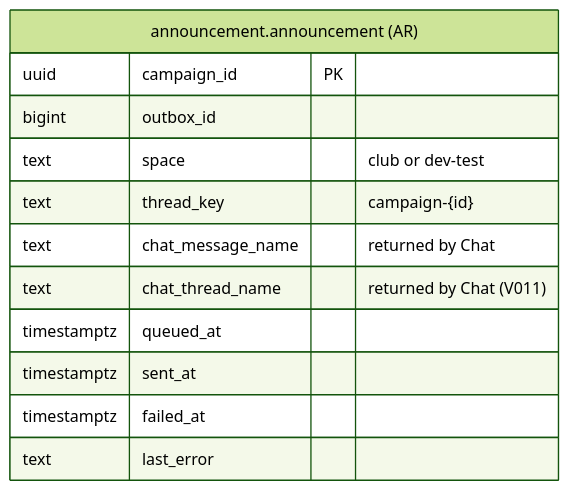
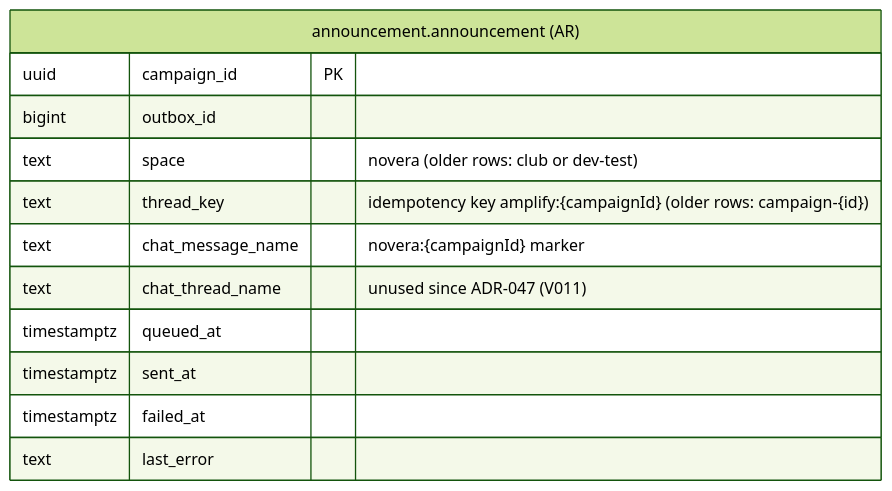
Before and after one commit to wso2-open-operations/marketing-tools: the ninth of 10 diagrams in apps/amplify/architecture/solution/Phase 1/phase1-data-model.md, drawn with Mermaid (forest theme). The commit also changed other lines of this file and 49 other files, not shown here.

Commit message:
Docs: Club Chat replaced by Novera (ADR-047); runbooks, READMEs, ADR register and superseded notes

````diff
--- a/apps/amplify/architecture/solution/Phase 1/phase1-data-model.md
+++ b/apps/amplify/architecture/solution/Phase 1/phase1-data-model.md
@@ -638,15 +638,15 @@
 ```mermaid
 erDiagram
     ANNOUNCEMENT["announcement.announcement (AR)"] {
         uuid campaign_id PK
         bigint outbox_id
-        text space "club or dev-test"
-        text thread_key "campaign-{id}"
-        text chat_message_name "returned by Chat"
-        text chat_thread_name "returned by Chat (V011)"
+        text space "novera (older rows: club or dev-test)"
+        text thread_key "idempotency key amplify:{campaignId} (older rows: campaign-{id})"
+        text chat_message_name "novera:{campaignId} marker"
+        text chat_thread_name "unused since ADR-047 (V011)"
         timestamptz queued_at
         timestamptz sent_at
         timestamptz failed_at
         text last_error
     }
 ```
````
